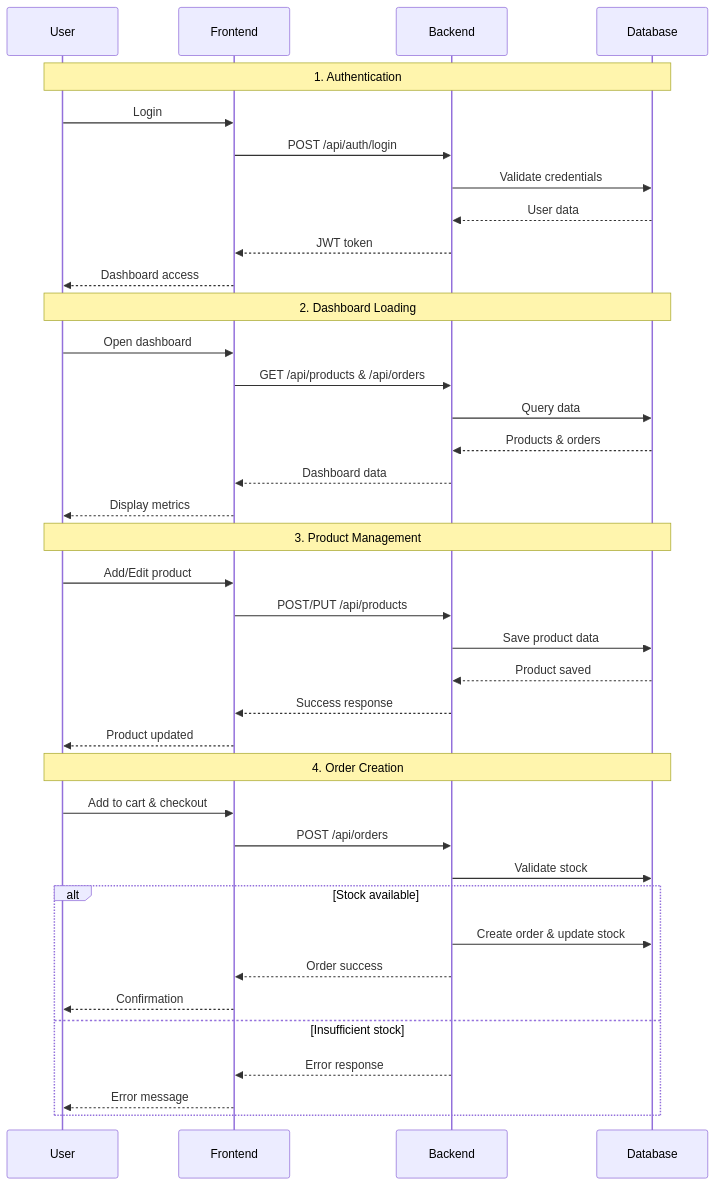
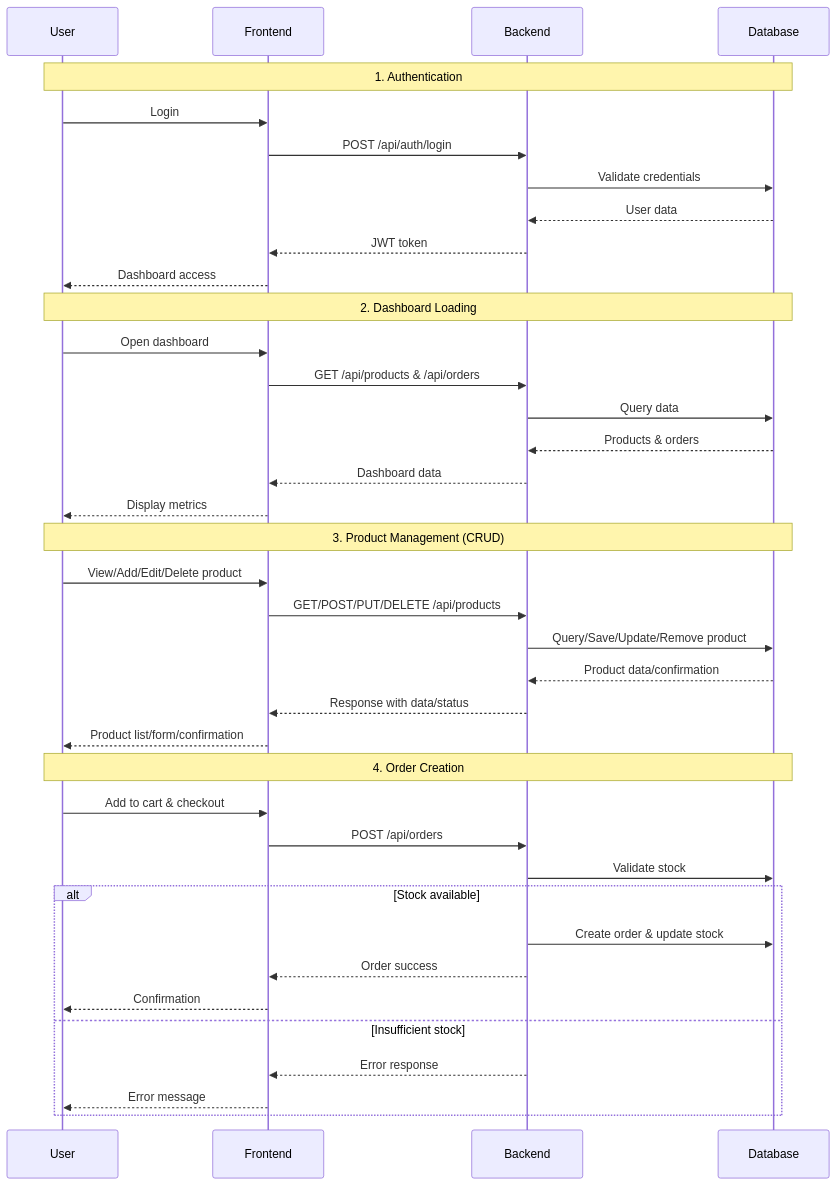
The diagram in README.md (krlz-dev/order-management-system), drawn with Mermaid before and after one commit. The commit also changed other lines of this file, not shown here.

````diff
--- a/README.md
+++ b/README.md
@@ -84,44 +84,44 @@
 ```mermaid
 sequenceDiagram
     participant U as User
     participant F as Frontend
     participant B as Backend
     participant DB as Database
     
     Note over U,DB: 1. Authentication
     U->>F: Login
     F->>B: POST /api/auth/login
     B->>DB: Validate credentials
     DB-->>B: User data
     B-->>F: JWT token
     F-->>U: Dashboard access
     
     Note over U,DB: 2. Dashboard Loading
     U->>F: Open dashboard
     F->>B: GET /api/products & /api/orders
     B->>DB: Query data
     DB-->>B: Products & orders
     B-->>F: Dashboard data
     F-->>U: Display metrics
     
-    Note over U,DB: 3. Product Management
-    U->>F: Add/Edit product
-    F->>B: POST/PUT /api/products
-    B->>DB: Save product data
-    DB-->>B: Product saved
-    B-->>F: Success response
-    F-->>U: Product updated
+    Note over U,DB: 3. Product Management (CRUD)
+    U->>F: View/Add/Edit/Delete product
+    F->>B: GET/POST/PUT/DELETE /api/products
+    B->>DB: Query/Save/Update/Remove product
+    DB-->>B: Product data/confirmation
+    B-->>F: Response with data/status
+    F-->>U: Product list/form/confirmation
     
     Note over U,DB: 4. Order Creation
     U->>F: Add to cart & checkout
     F->>B: POST /api/orders
     B->>DB: Validate stock
     alt Stock available
         B->>DB: Create order & update stock
         B-->>F: Order success
         F-->>U: Confirmation
     else Insufficient stock
         B-->>F: Error response
         F-->>U: Error message
     end
 ```
````
